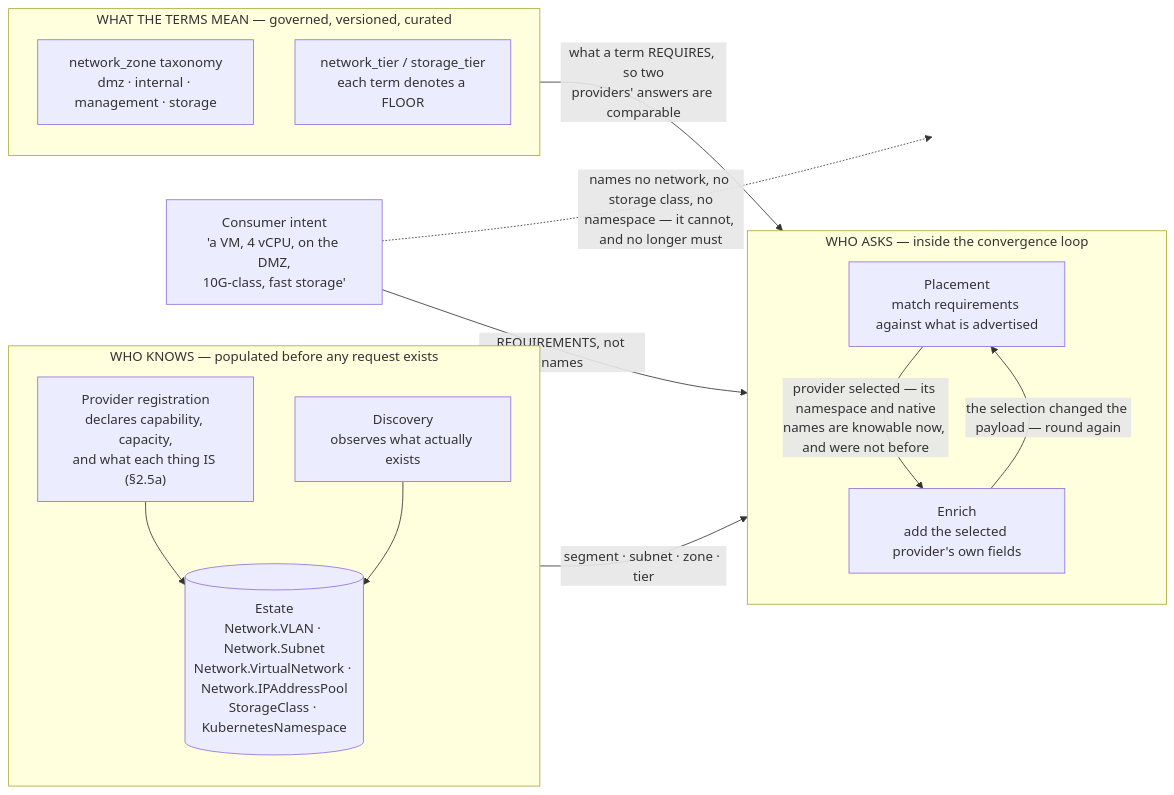
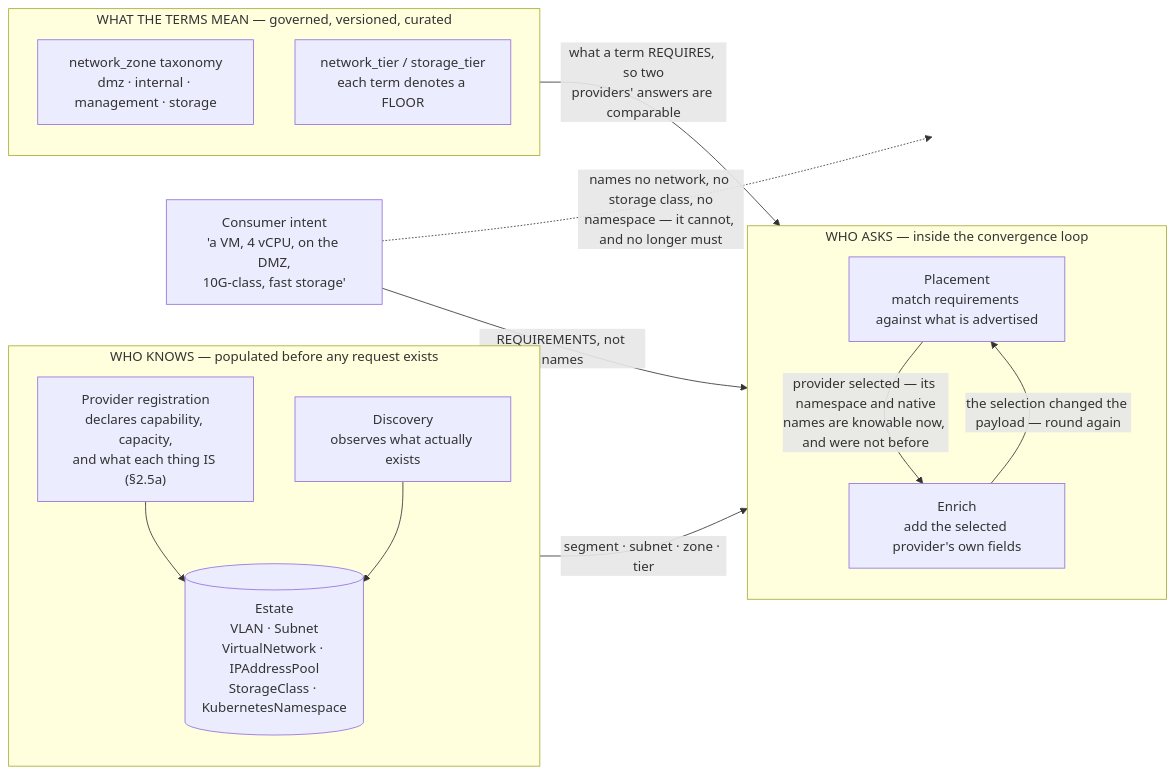
One commit to croadfeldt/udlm changed the second of 2 diagrams in docs/flows/uc-04-vm-intent-osac-placement.md. Above: the diagram before and after it, drawn with Mermaid. The commit also changed other lines of this file and 119 other files, not shown here.

````diff
--- a/docs/flows/uc-04-vm-intent-osac-placement.md
+++ b/docs/flows/uc-04-vm-intent-osac-placement.md
@@ -95,31 +95,31 @@
 ```mermaid
 flowchart LR
   subgraph SRC["WHO KNOWS — populated before any request exists"]
     direction TB
     PROV["Provider registration<br/>declares capability, capacity,<br/>and what each thing IS (§2.5a)"]
     DISC["Discovery<br/>observes what actually exists"]
-    PROV --> EST[("Estate<br/>Network.VLAN · Network.Subnet<br/>Network.VirtualNetwork · Network.IPAddressPool<br/>StorageClass · KubernetesNamespace")]
+    PROV --> EST[("Estate<br/>VLAN · Subnet<br/>VirtualNetwork · IPAddressPool<br/>StorageClass · KubernetesNamespace")]
     DISC --> EST
   end
 
   subgraph VOCAB["WHAT THE TERMS MEAN — governed, versioned, curated"]
     direction TB
     ZN["network_zone taxonomy<br/>dmz · internal · management · storage"]
     TR["network_tier / storage_tier<br/>each term denotes a FLOOR"]
   end
 
   subgraph REQ["WHO ASKS — inside the convergence loop"]
     direction TB
     PL2["Placement<br/>match requirements against what is advertised"]
     EN2["Enrich<br/>add the selected provider's own fields"]
   end
 
   EST -->|"segment · subnet · zone · tier"| PL2
   VOCAB -->|"what a term REQUIRES, so two<br/>providers' answers are comparable"| PL2
   PL2 -->|"provider selected — its namespace and native<br/>names are knowable now, and were not before"| EN2
   EN2 -->|"the selection changed the payload — round again"| PL2
 
   CONS["Consumer intent<br/>'a VM, 4 vCPU, on the DMZ,<br/>10G-class, fast storage'"] -->|"REQUIREMENTS, not names"| PL2
   CONS -.->|"names no network, no storage class, no<br/>namespace — it cannot, and no longer must"| X1[" "]
   style X1 fill:none,stroke:none
 ```
````
